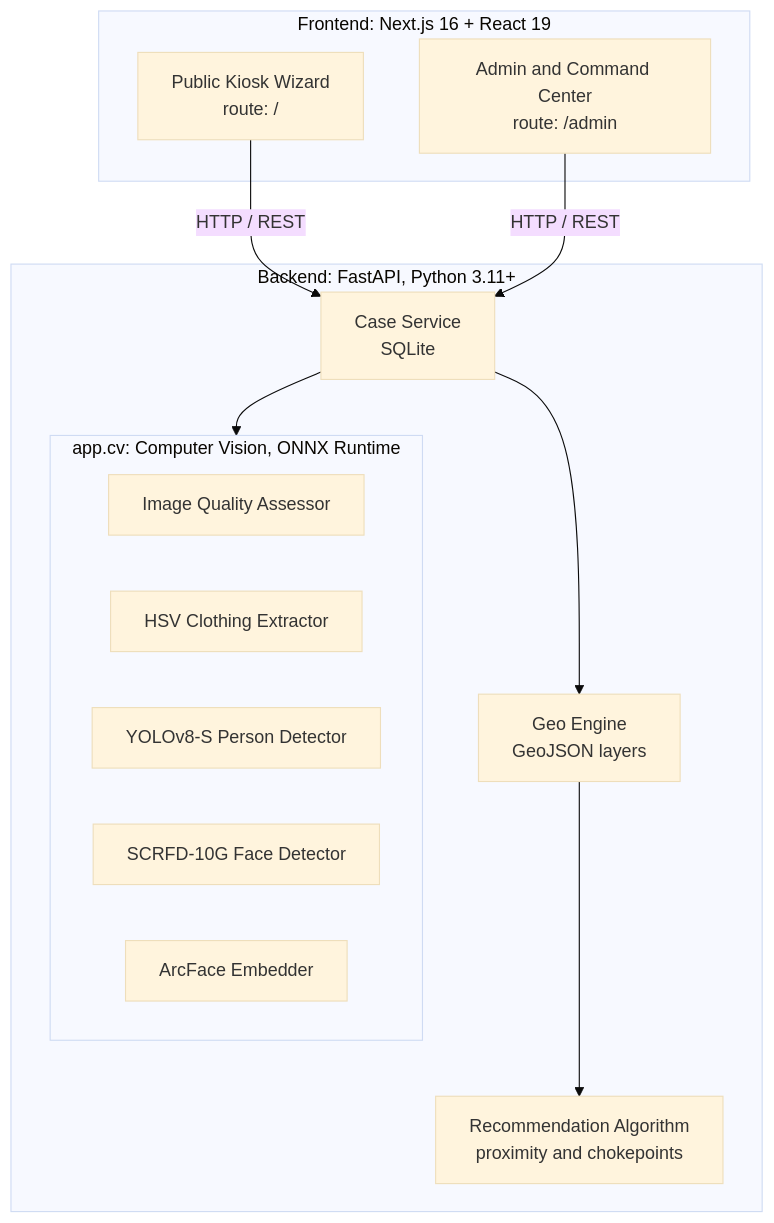
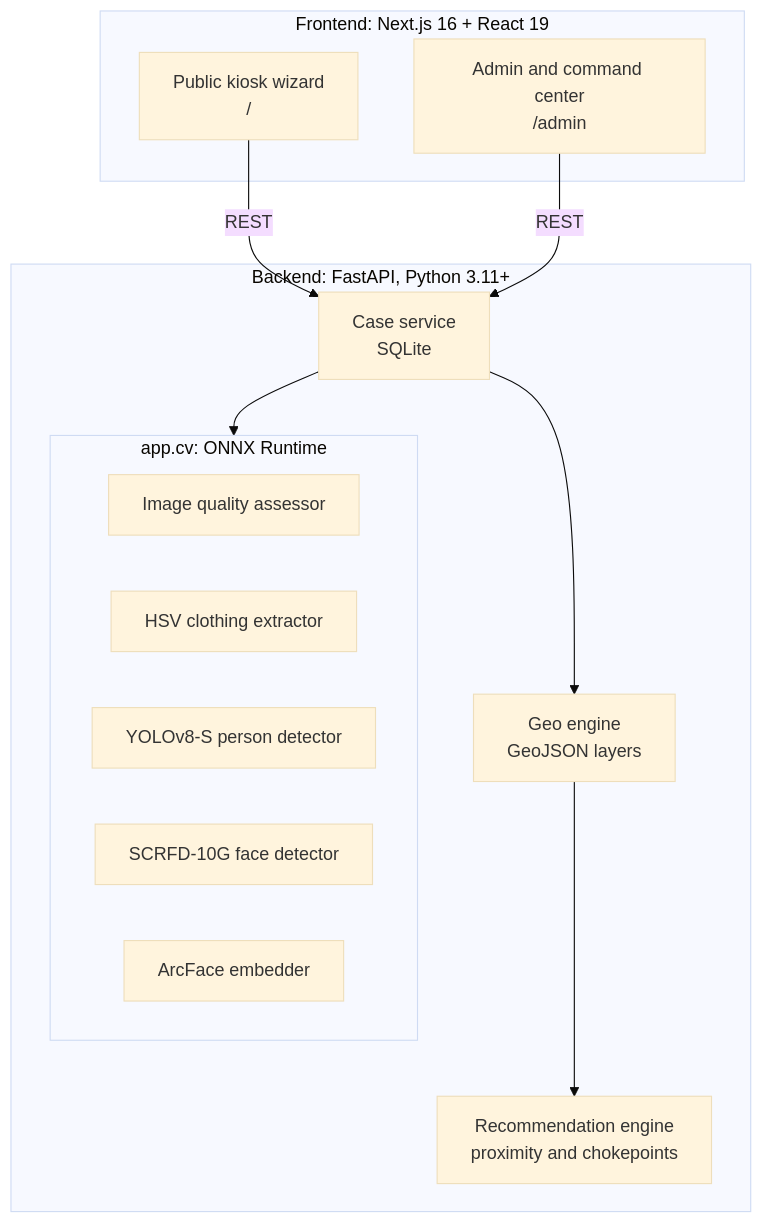
One commit to RishiBuilds/kumbh-milaap changed the first of 3 diagrams in README.md. Above: the diagram before and after it, drawn with Mermaid (base theme). The commit also changed other lines of this file and 1 other file, not shown here.

Commit message:
docs: add kiosk interface preview to README

````diff
--- a/README.md
+++ b/README.md
@@ -106,25 +188,25 @@
 ```mermaid
 flowchart TB
     subgraph FE["Frontend: Next.js 16 + React 19"]
-        K["Public Kiosk Wizard<br/>route: /"]
-        A["Admin and Command Center<br/>route: /admin"]
+        K["Public kiosk wizard<br/>/"]
+        A["Admin and command center<br/>/admin"]
     end
 
     subgraph BE["Backend: FastAPI, Python 3.11+"]
-        CS["Case Service<br/>SQLite"]
-        GE["Geo Engine<br/>GeoJSON layers"]
-        RA["Recommendation Algorithm<br/>proximity and chokepoints"]
-        subgraph CV["app.cv: Computer Vision, ONNX Runtime"]
-            Q["Image Quality Assessor"]
-            C["HSV Clothing Extractor"]
-            Y["YOLOv8-S Person Detector"]
-            S["SCRFD-10G Face Detector"]
-            R["ArcFace Embedder"]
+        CS["Case service<br/>SQLite"]
+        GE["Geo engine<br/>GeoJSON layers"]
+        RA["Recommendation engine<br/>proximity and chokepoints"]
+        subgraph CV["app.cv: ONNX Runtime"]
+            Q["Image quality assessor"]
+            C["HSV clothing extractor"]
+            Y["YOLOv8-S person detector"]
+            S["SCRFD-10G face detector"]
+            R["ArcFace embedder"]
         end
     end
 
-    K -- "HTTP / REST" --> CS
-    A -- "HTTP / REST" --> CS
+    K -- REST --> CS
+    A -- REST --> CS
     CS --> GE --> RA
     CS --> CV
 ```
````
